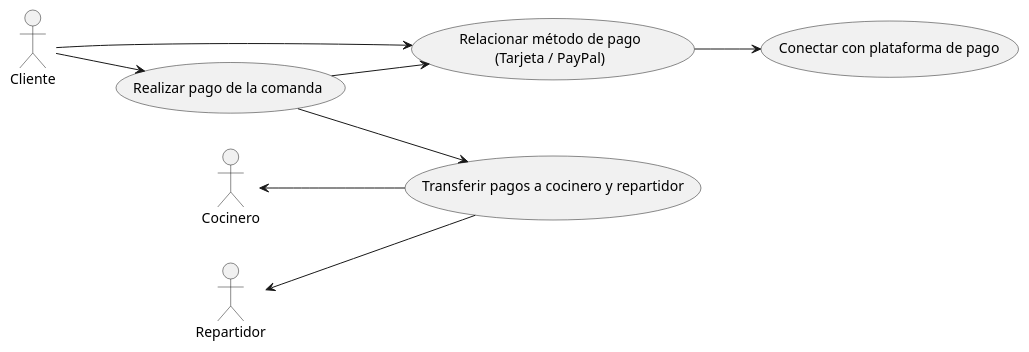
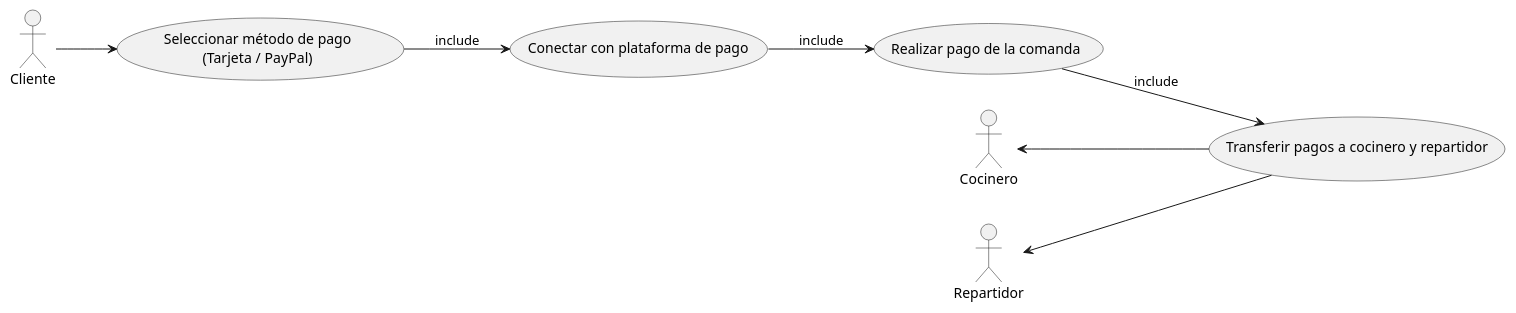
The diagram in documents/Diagrames Casos d'Us/Code Plantuml/code_bloq4.pUML (dabien3/ES25UAB-511-05), drawn with PlantUML before and after one commit.

```diff
--- a/documents/Diagrames Casos d'Us/Code Plantuml/code_bloq4.pUML
+++ b/documents/Diagrames Casos d'Us/Code Plantuml/code_bloq4.pUML
@@ -1,24 +1,23 @@
 @startuml
 left to right direction
 
 actor Cliente
 actor Cocinero
 actor Repartidor
 
   usecase "Realizar pago de la comanda" as us1
-  usecase "Relacionar método de pago\n(Tarjeta / PayPal)" as us2
+  usecase "Seleccionar método de pago\n(Tarjeta / PayPal)" as us2
   usecase "Transferir pagos a cocinero y repartidor" as us3
   usecase "Conectar con plataforma de pago" as us4
 
 
-Cliente --> us1
 Cliente --> us2
 
-us1 --> us2
-us2 --> us4
-us1 --> us3
+us2 --> us4 : include
+us1 --> us3 : include
+us4 --> us1 : include
 
 Cocinero <-- us3
 Repartidor <-- us3
 
 @enduml
```
